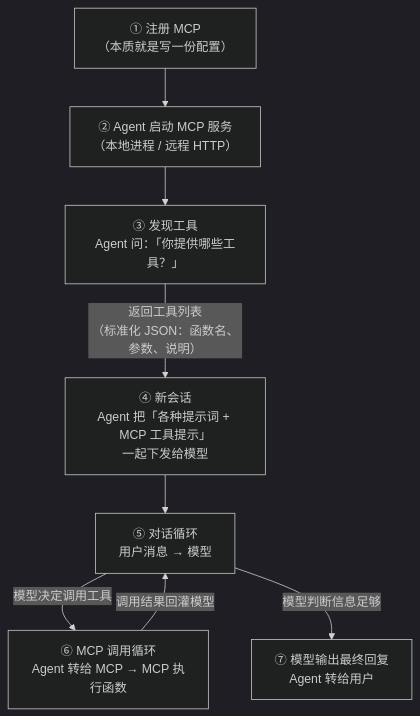
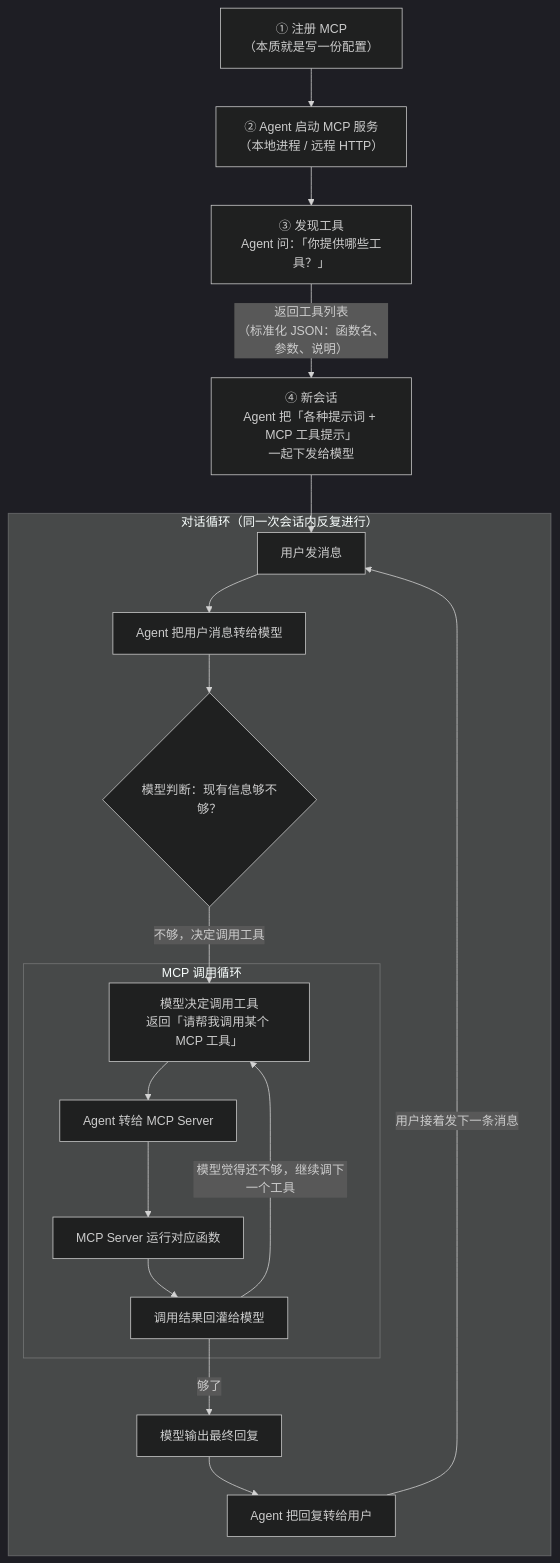
The diagram in docs/大模型与神经网络原理笔记/coding-agent/ch05_mcp.md (xjq11029/my-notes-and-utils), drawn with Mermaid (dark theme) before and after one commit. The commit also changed other lines of this file and 36 other files, not shown here.

````diff
--- a/docs/大模型与神经网络原理笔记/coding-agent/ch05_mcp.md
+++ b/docs/大模型与神经网络原理笔记/coding-agent/ch05_mcp.md
@@ -30,10 +34,25 @@
 ```mermaid
 graph TD
     A["① 注册 MCP<br/>（本质就是写一份配置）"] --> B["② Agent 启动 MCP 服务<br/>（本地进程 / 远程 HTTP）"]
     B --> C["③ 发现工具<br/>Agent 问：「你提供哪些工具？」"]
     C -->|"返回工具列表<br/>（标准化 JSON：函数名、参数、说明）"| D["④ 新会话<br/>Agent 把「各种提示词 + MCP 工具提示」<br/>一起下发给模型"]
-    D --> E["⑤ 对话循环<br/>用户消息 → 模型"]
-    E -->|"模型决定调用工具"| F["⑥ MCP 调用循环<br/>Agent 转给 MCP → MCP 执行函数"]
-    F -->|"调用结果回灌模型"| E
-    E -->|"模型判断信息足够"| G["⑦ 模型输出最终回复<br/>Agent 转给用户"]
+
+    subgraph L1["对话循环（同一次会话内反复进行）"]
+        U["用户发消息"] --> AG["Agent 把用户消息转给模型"]
+        AG --> MD{"模型判断：现有信息够不够？"}
+
+        subgraph L2["MCP 调用循环"]
+            T1["模型决定调用工具<br/>返回「请帮我调用某个 MCP 工具」"] --> T2["Agent 转给 MCP Server"]
+            T2 --> T3["MCP Server 运行对应函数"]
+            T3 --> T4["调用结果回灌给模型"]
+            T4 -->|"模型觉得还不够，继续调下一个工具"| T1
+        end
+
+        MD -->|"不够，决定调用工具"| T1
+        T4 -->|"够了"| R1["模型输出最终回复"]
+        R1 --> R2["Agent 把回复转给用户"]
+    end
+
+    D --> U
+    R2 -->|"用户接着发下一条消息"| U
 ```
````
